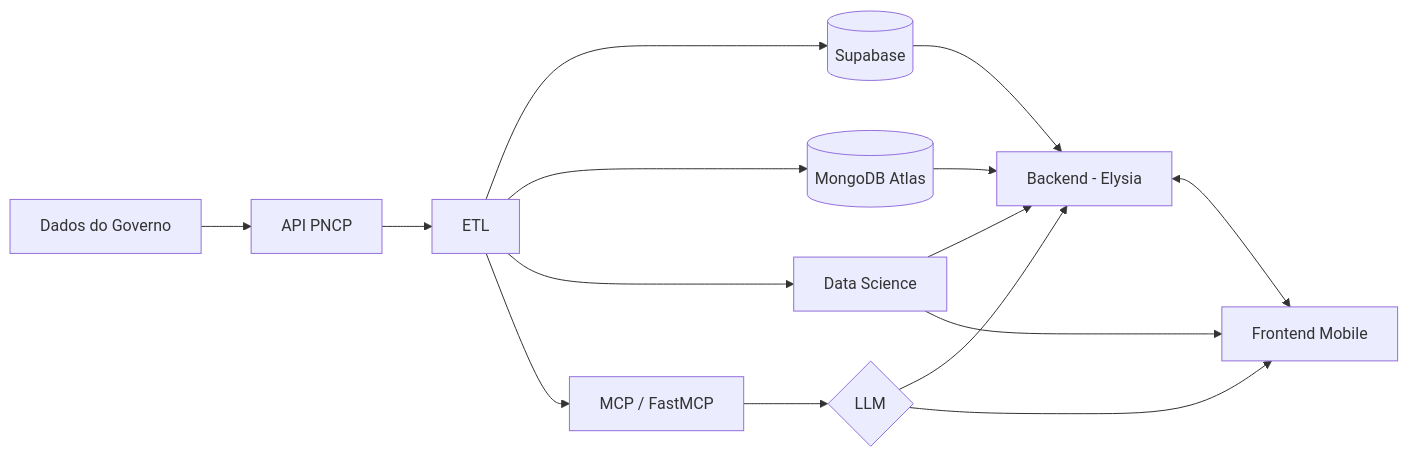
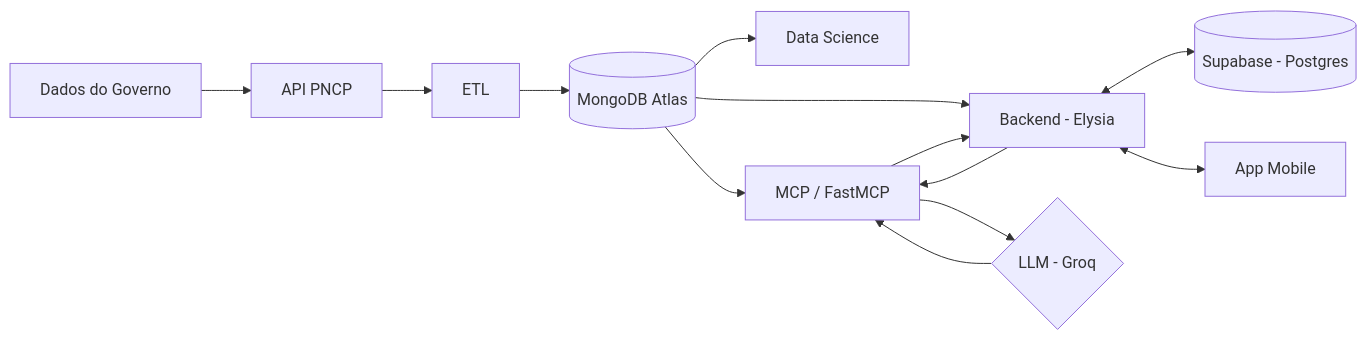
One commit to VyNas07/Licitei changed the diagram in docs/architecture.md. Above: the diagram before and after it, drawn with Mermaid. The commit also changed other lines of this file and 2 other files, not shown here.

First line of the commit message:
docs: atualiza arquitetura e ADR para refletir Groq e MCP

````diff
--- a/docs/architecture.md
+++ b/docs/architecture.md
@@ -20,17 +20,15 @@
 ```mermaid
 flowchart LR
     A[Dados do Governo] --> B[API PNCP]
     B --> C[ETL]
-    C --> D[(Supabase)]
     C --> E[(MongoDB Atlas)]
-    C --> F[Data Science]
-    C --> G[MCP / FastMCP]
-    G --> H{LLM}
-    D --> I[Backend - Elysia]
-    E --> I
-    F --> I
-    H --> I
-    H --> J[Frontend Mobile]
-    F --> J
-    I <--> J
+    E --> F[Data Science]
+    E --> G[MCP / FastMCP]
+    E --> I[Backend - Elysia]
+    G --> H{LLM - Groq}
+    H --> G
+    I <--> D[(Supabase - Postgres)]
+    I --> G
+    G --> I
+    I <--> J[App Mobile]
 ```
````
